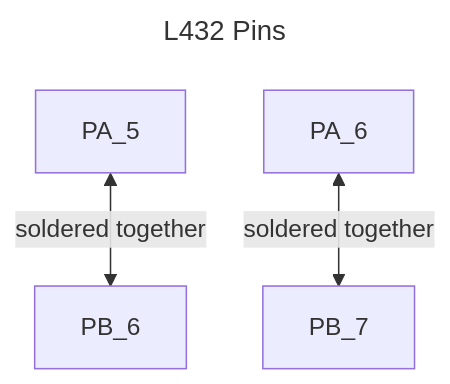
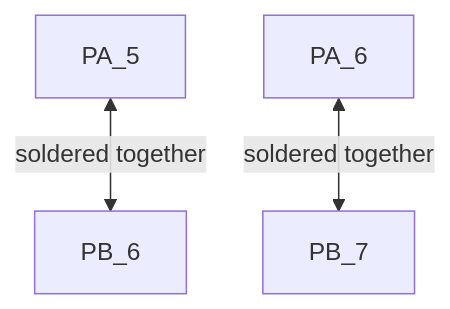
Before and after one commit to UOSupermileage/UOSM-Motor-Controller-MCU-L432: the diagram in README.md, drawn with Mermaid.

````diff
--- a/README.md
+++ b/README.md
@@ -19,8 +19,5 @@
 ```mermaid
----
-title: L432 Pins
----
 flowchart
     PA_5 <-- soldered together --> PB_6
     PA_6 <-- soldered together --> PB_7
 ```
````
